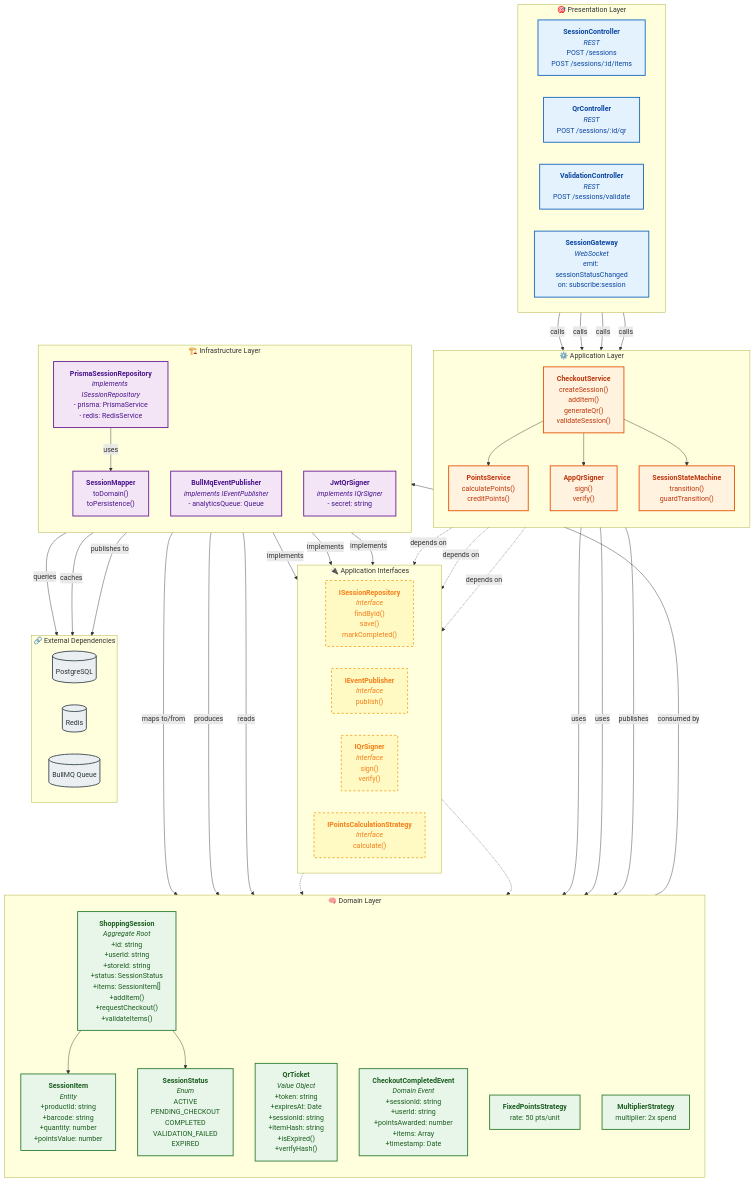
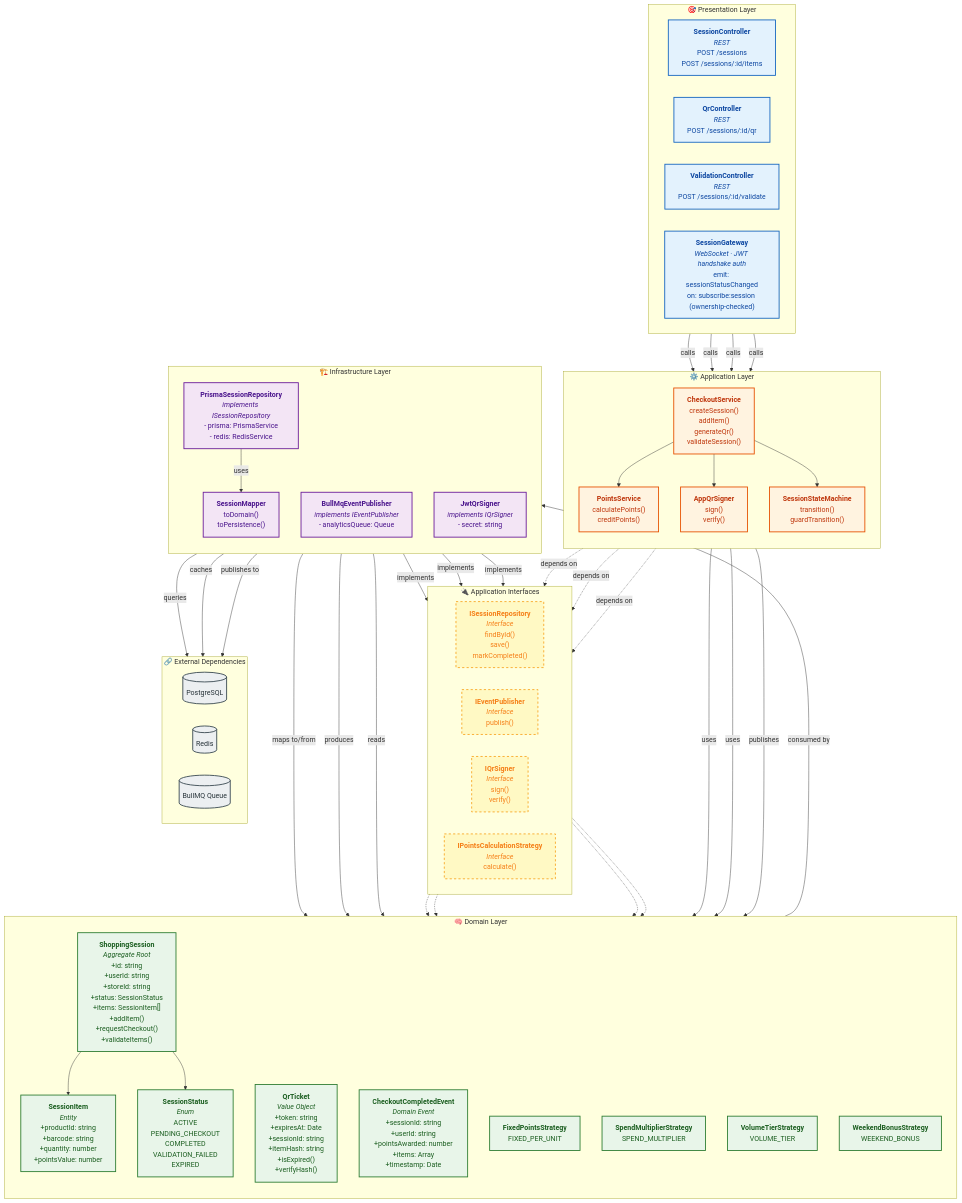
One commit to davlm05/IICaso_DiseSoftware changed the eighth of 10 diagrams in README.md. Above: the diagram before and after it, drawn with Mermaid. The commit also changed other lines of this file and 7 other files, not shown here.

````diff
--- a/README.md
+++ b/README.md
@@ -1096,8 +1103,8 @@
         direction LR
         SessionCtrl["<b>SessionController</b><br/><i>REST</i><br/>POST /sessions<br/>POST /sessions/:id/items"]
         QrCtrl["<b>QrController</b><br/><i>REST</i><br/>POST /sessions/:id/qr"]
-        ValidationCtrl["<b>ValidationController</b><br/><i>REST</i><br/>POST /sessions/validate"]
-        SessionGW["<b>SessionGateway</b><br/><i>WebSocket</i><br/>emit: sessionStatusChanged<br/>on: subscribe:session"]
+        ValidationCtrl["<b>ValidationController</b><br/><i>REST</i><br/>POST /sessions/:id/validate"]
+        SessionGW["<b>SessionGateway</b><br/><i>WebSocket · JWT handshake auth</i><br/>emit: sessionStatusChanged<br/>on: subscribe:session (ownership-checked)"]
     end
 
     %% ==========================================
@@ -1143,13 +1150,17 @@
         
         SessionStatus["<b>SessionStatus</b><br/><i>Enum</i><br/>ACTIVE<br/>PENDING_CHECKOUT<br/>COMPLETED<br/>VALIDATION_FAILED<br/>EXPIRED"]
 
-        FixedStrat["<b>FixedPointsStrategy</b><br/>rate: 50 pts/unit"]
-        MultiplierStrat["<b>MultiplierStrategy</b><br/>multiplier: 2x spend"]
+        FixedStrat["<b>FixedPointsStrategy</b><br/>FIXED_PER_UNIT"]
+        MultiplierStrat["<b>SpendMultiplierStrategy</b><br/>SPEND_MULTIPLIER"]
+        VolumeStrat["<b>VolumeTierStrategy</b><br/>VOLUME_TIER"]
+        WeekendStrat["<b>WeekendBonusStrategy</b><br/>WEEKEND_BONUS"]
 
         Session --> SessionItem
         Session --> SessionStatus
         IPointsCalc -.-> FixedStrat
         IPointsCalc -.-> MultiplierStrat
+        IPointsCalc -.-> VolumeStrat
+        IPointsCalc -.-> WeekendStrat
     end
 
     %% ==========================================
@@ -1224,7 +1235,7 @@
     class SessionCtrl,QrCtrl,ValidationCtrl,SessionGW presentation
     class CheckoutSvc,PointsSvc,QrSigner,StateMachine application
     class ISessionRepo,IEventPub,IQrSignerInt,IPointsCalc interfaces
-    class Session,SessionItem,QrTicket,CheckoutEvent,SessionStatus,FixedStrat,MultiplierStrat domain
+    class Session,SessionItem,QrTicket,CheckoutEvent,SessionStatus,FixedStrat,MultiplierStrat,VolumeStrat,WeekendStrat domain
     class PrismaSessionRepo,BullMqPublisher,JwtQrSignerImpl,SessionMapper infrastructure
     class PG,RedisCache,BullMQQueue external
 ```
````
